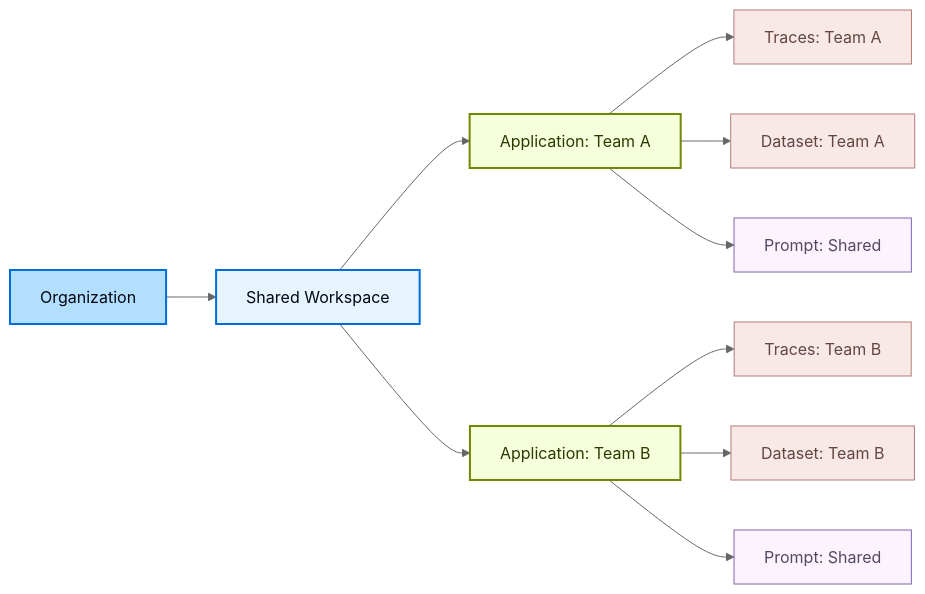
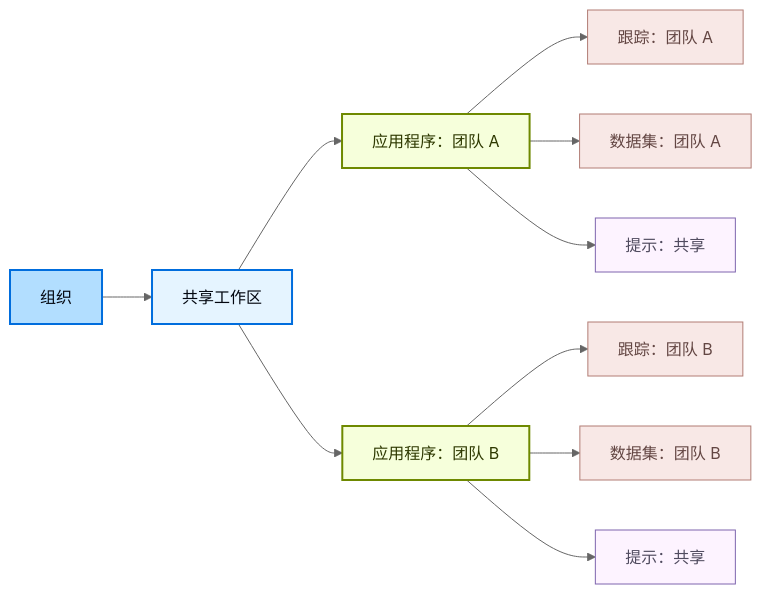
The second of 3 diagrams in langsmith/workload-isolation.mdx (kunfan96/cndocs-langchain), drawn with Mermaid (neutral theme) before and after one commit. The commit also changed other lines of this file and 2498 other files, not shown here.

````diff
--- a/langsmith/workload-isolation.mdx
+++ b/langsmith/workload-isolation.mdx
@@ -78,42 +78,42 @@
 ```mermaid actions={false}
 graph LR
-    Org[Organization]
+    Org[组织]
 
-    WS[Shared Workspace]
+    WS[共享工作区]
 
-    AppA[Application: Team A]
-    AppB[Application: Team B]
+    AppA[应用程序：团队 A]
+    AppB[应用程序：团队 B]
 
-    TracesA[Traces: Team A]
-    DatasetA[Dataset: Team A]
-    PromptA[Prompt: Shared]
+    TracesA[跟踪：团队 A]
+    DatasetA[数据集：团队 A]
+    PromptA[提示：共享]
 
-    TracesB[Traces: Team B]
-    DatasetB[Dataset: Team B]
-    PromptB[Prompt: Shared]
+    TracesB[跟踪：团队 B]
+    DatasetB[数据集：团队 B]
+    PromptB[提示：共享]
 
     Org --> WS
 
     WS --> AppA
     WS --> AppB
 
     AppA --> TracesA
     AppA --> DatasetA
     AppA --> PromptA
 
     AppB --> TracesB
     AppB --> DatasetB
     AppB --> PromptB
 
     classDef orgStyle fill:#B2DEFF,stroke:#006DDD,stroke-width:2px,color:#030710
     classDef wsStyle fill:#E5F4FF,stroke:#006DDD,stroke-width:2px,color:#030710
     classDef appStyle fill:#F6FFDB,stroke:#6E8900,stroke-width:2px,color:#2E3900
     classDef restrictedStyle fill:#F8E8E6,stroke:#B27D75,stroke-width:1px,color:#634643
     classDef sharedStyle fill:#FDF3FF,stroke:#7E65AE,stroke-width:1px,color:#504B5F
 
     class Org orgStyle
     class WS wsStyle
     class AppA,AppB appStyle
     class TracesA,DatasetA,TracesB,DatasetB restrictedStyle
     class PromptA,PromptB sharedStyle
 ```
````
